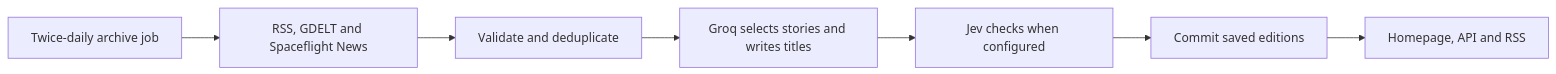
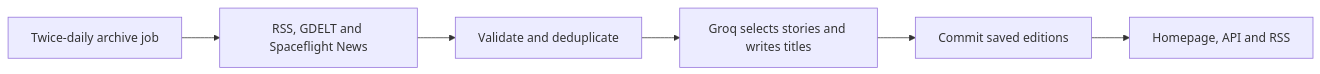
The diagram in README.md (byalex33/changelog.earth), drawn with Mermaid before and after one commit. The commit also changed other lines of this file and 9 other files, not shown here.

````diff
--- a/README.md
+++ b/README.md
@@ -70,9 +66,8 @@
 ```mermaid
 flowchart LR
     A[Twice-daily archive job] --> B[RSS, GDELT and Spaceflight News]
     B --> C[Validate and deduplicate]
     C --> D[Groq selects stories and writes titles]
-    D --> E[Jev checks when configured]
-    E --> F[Commit saved editions]
+    D --> F[Commit saved editions]
     F --> G[Homepage, API and RSS]
 ```
````
